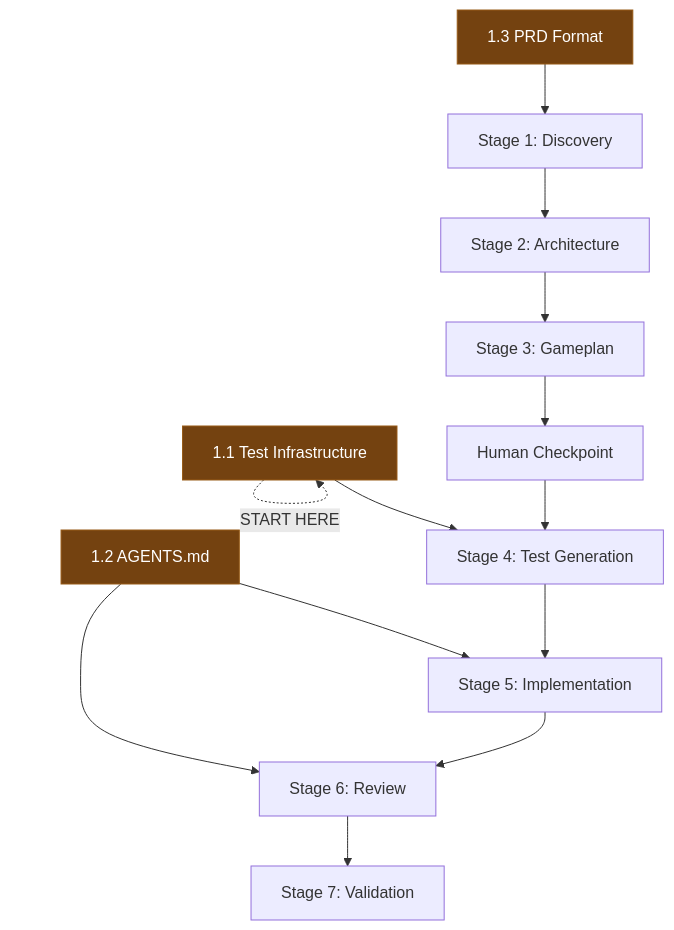
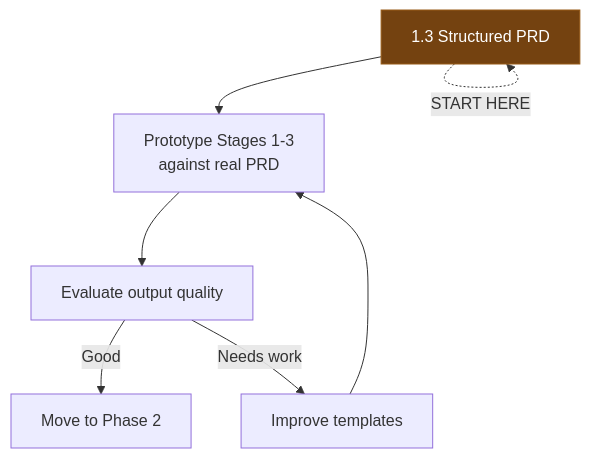
Before and after one commit to dpaola2/pipeline-skills: the diagram in docs/gap-analysis.md, drawn with Mermaid. The commit also changed other lines of this file and 3 other files, not shown here.

First line of the commit message:
Update roadmap: Rails foundations are ready, add reference materials

````diff
--- a/docs/gap-analysis.md
+++ b/docs/gap-analysis.md
@@ -177,21 +190,12 @@
 ```mermaid
 graph TD
-    A[1.1 Test Infrastructure] --> D[Stage 4: Test Generation]
-    B[1.2 AGENTS.md] --> E[Stage 5: Implementation]
-    B --> F[Stage 6: Review]
-    C[1.3 PRD Format] --> G[Stage 1: Discovery]
-
-    G --> H[Stage 2: Architecture]
-    H --> I[Stage 3: Gameplan]
-    I --> J[Human Checkpoint]
-    J --> D
-    D --> E
-    E --> F
-    F --> K[Stage 7: Validation]
+    A[1.3 Structured PRD] --> B[Prototype Stages 1-3<br/>against real PRD]
+    B --> C[Evaluate output quality]
+    C -->|Good| D[Move to Phase 2]
+    C -->|Needs work| E[Improve templates]
+    E --> B
 
     A -.->|"START HERE"| A
 
     style A fill:#744210,stroke:#975a16,color:#fff
-    style B fill:#744210,stroke:#975a16,color:#fff
-    style C fill:#744210,stroke:#975a16,color:#fff
 ```
````
